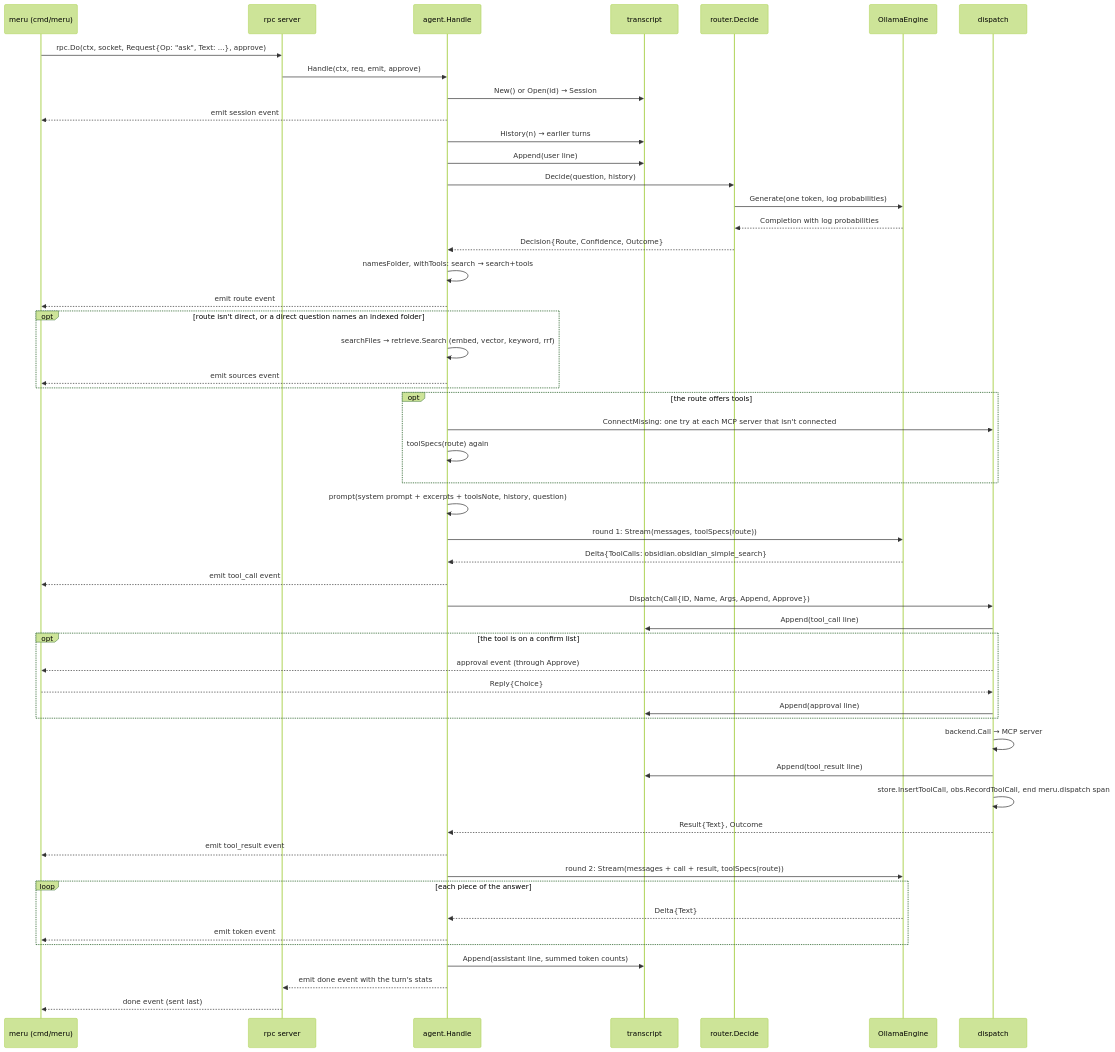
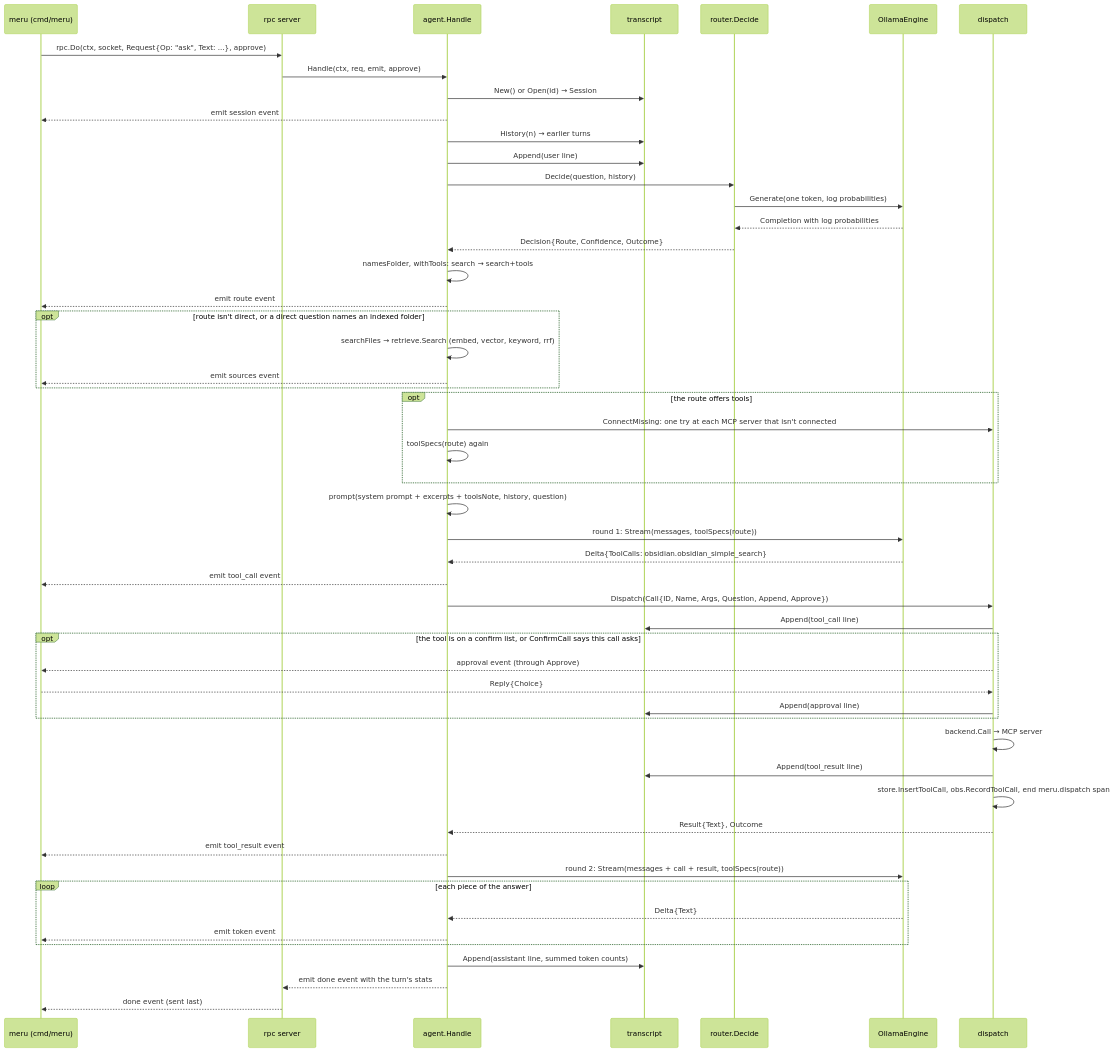
Before and after one commit to aarora79/meru: the third of 3 diagrams in docs/lld.md, drawn with Mermaid (forest theme). The commit also changed other lines of this file and 42 other files, not shown here.

````diff
--- a/docs/lld.md
+++ b/docs/lld.md
@@ -479,55 +488,55 @@
 ```mermaid
 sequenceDiagram
     participant U as meru (cmd/meru)
     participant S as rpc server
     participant A as agent.Handle
     participant T as transcript
     participant RT as router.Decide
     participant E as OllamaEngine
     participant D as dispatch
 
     U->>S: rpc.Do(ctx, socket, Request{Op: "ask", Text: ...}, approve)
     S->>A: Handle(ctx, req, emit, approve)
     A->>T: New() or Open(id) → Session
     A-->>U: emit session event
     A->>T: History(n) → earlier turns
     A->>T: Append(user line)
     A->>RT: Decide(question, history)
     RT->>E: Generate(one token, log probabilities)
     E-->>RT: Completion with log probabilities
     RT-->>A: Decision{Route, Confidence, Outcome}
     A->>A: namesFolder, withTools: search → search+tools
     A-->>U: emit route event
     opt route isn't direct, or a direct question names an indexed folder
         A->>A: searchFiles → retrieve.Search (embed, vector, keyword, rrf)
         A-->>U: emit sources event
     end
     opt the route offers tools
         A->>D: ConnectMissing: one try at each MCP server that isn't connected
         A->>A: toolSpecs(route) again
     end
     A->>A: prompt(system prompt + excerpts + toolsNote, history, question)
     A->>E: round 1: Stream(messages, toolSpecs(route))
     E-->>A: Delta{ToolCalls: obsidian.obsidian_simple_search}
     A-->>U: emit tool_call event
-    A->>D: Dispatch(Call{ID, Name, Args, Append, Approve})
+    A->>D: Dispatch(Call{ID, Name, Args, Question, Append, Approve})
     D->>T: Append(tool_call line)
-    opt the tool is on a confirm list
+    opt the tool is on a confirm list, or ConfirmCall says this call asks
         D-->>U: approval event (through Approve)
         U-->>D: Reply{Choice}
         D->>T: Append(approval line)
     end
     D->>D: backend.Call → MCP server
     D->>T: Append(tool_result line)
     D->>D: store.InsertToolCall, obs.RecordToolCall, end meru.dispatch span
     D-->>A: Result{Text}, Outcome
     A-->>U: emit tool_result event
     A->>E: round 2: Stream(messages + call + result, toolSpecs(route))
     loop each piece of the answer
         E-->>A: Delta{Text}
         A-->>U: emit token event
     end
     A->>T: Append(assistant line, summed token counts)
     A-->>S: emit done event with the turn's stats
     S-->>U: done event (sent last)
 ```
````
